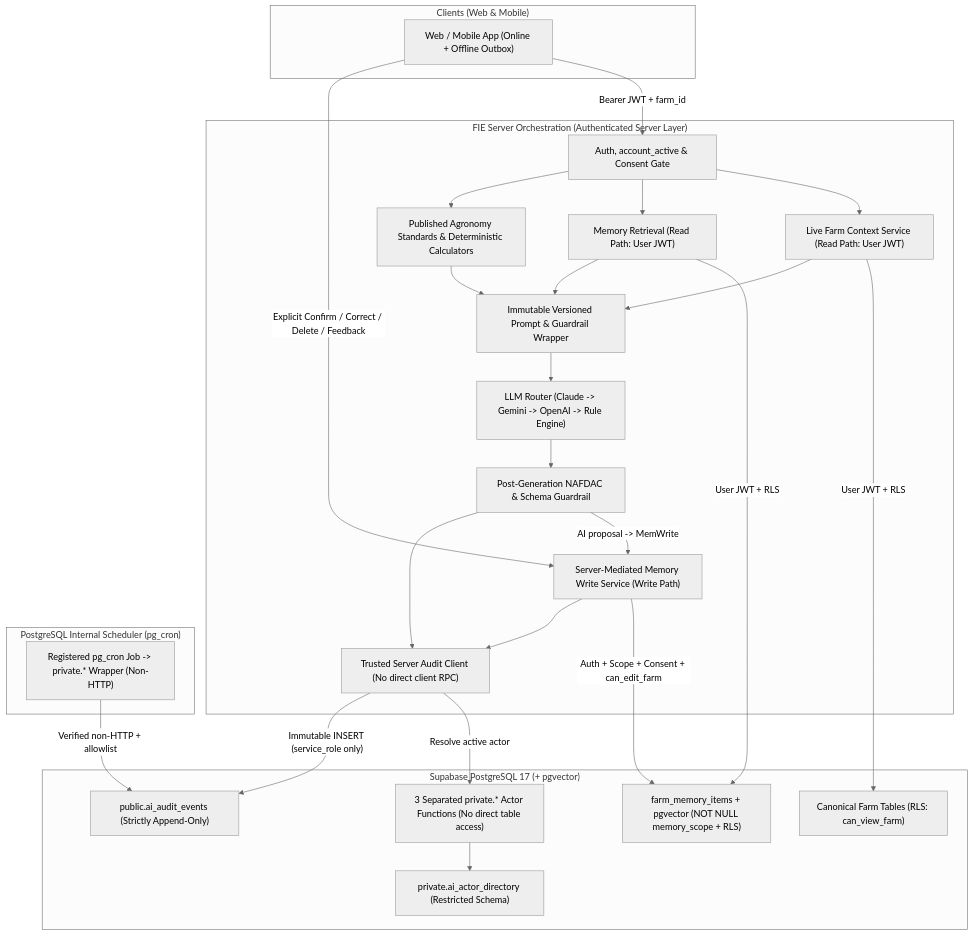
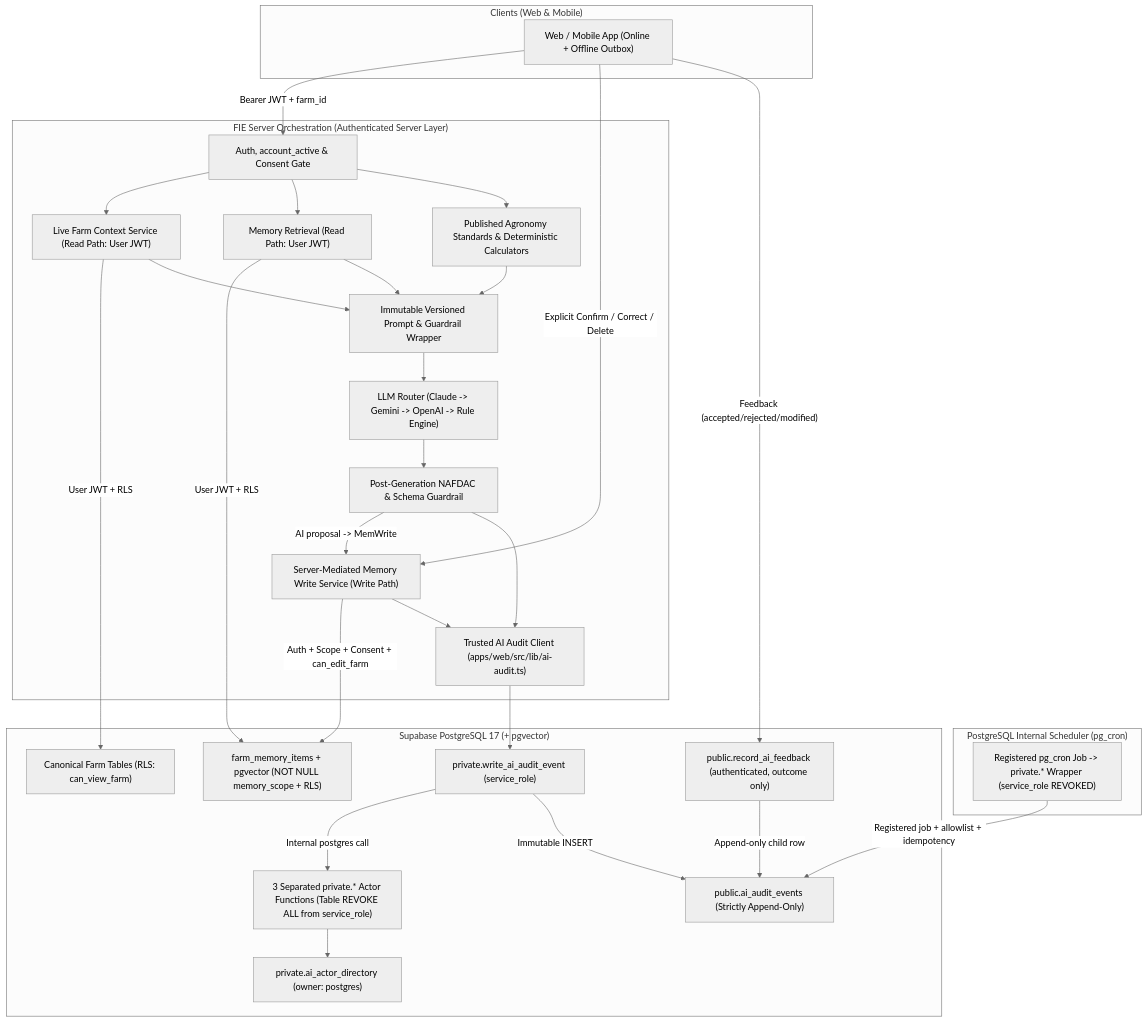
The first of 4 diagrams in docs/architecture/batch-03/BATCH_03_0_TARGET_ARCHITECTURE.md (farmconnect-ux/cultivanode), drawn with Mermaid (neutral theme) before and after one commit. The commit also changed other lines of this file and 4 other files, not shown here.

Commit message:
docs(architecture): harden privileged AI audit and scheduler boundaries

````diff
--- a/docs/architecture/batch-03/BATCH_03_0_TARGET_ARCHITECTURE.md
+++ b/docs/architecture/batch-03/BATCH_03_0_TARGET_ARCHITECTURE.md
@@ -12,51 +12,56 @@
 ```mermaid
 flowchart TB
   subgraph Clients["Clients (Web & Mobile)"]
     UI["Web / Mobile App (Online + Offline Outbox)"]
   end
 
   subgraph EdgeOrch["FIE Server Orchestration (Authenticated Server Layer)"]
     AuthGate["Auth, account_active & Consent Gate"]
     CtxSvc["Live Farm Context Service (Read Path: User JWT)"]
     MemRead["Memory Retrieval (Read Path: User JWT)"]
     MemWrite["Server-Mediated Memory Write Service (Write Path)"]
     AgronRAG["Published Agronomy Standards & Deterministic Calculators"]
     PromptAsm["Immutable Versioned Prompt & Guardrail Wrapper"]
     LLMRouter["LLM Router (Claude -> Gemini -> OpenAI -> Rule Engine)"]
     SafetyChk["Post-Generation NAFDAC & Schema Guardrail"]
-    ServerAudit["Trusted Server Audit Client (No direct client RPC)"]
+    ServerAudit["Trusted AI Audit Client (apps/web/src/lib/ai-audit.ts)"]
   end
 
   subgraph Scheduler["PostgreSQL Internal Scheduler (pg_cron)"]
-    CronJob["Registered pg_cron Job -> private.* Wrapper (Non-HTTP)"]
+    CronJob["Registered pg_cron Job -> private.* Wrapper (service_role REVOKED)"]
   end
 
   subgraph Supabase["Supabase PostgreSQL 17 (+ pgvector)"]
     FarmDB["Canonical Farm Tables (RLS: can_view_farm)"]
     MemDB["farm_memory_items + pgvector (NOT NULL memory_scope + RLS)"]
-    ActorFns["3 Separated private.* Actor Functions (No direct table access)"]
-    ActorDir["private.ai_actor_directory (Restricted Schema)"]
+    AuditWriter["private.write_ai_audit_event (service_role)"]
+    FeedbackRPC["public.record_ai_feedback (authenticated, outcome only)"]
+    ActorFns["3 Separated private.* Actor Functions (Table REVOKE ALL from service_role)"]
+    ActorDir["private.ai_actor_directory (owner: postgres)"]
     AuditDB["public.ai_audit_events (Strictly Append-Only)"]
   end
 
   UI -->|"Bearer JWT + farm_id"| AuthGate
   AuthGate --> CtxSvc
   AuthGate --> MemRead
   CtxSvc -->|"User JWT + RLS"| FarmDB
   MemRead -->|"User JWT + RLS"| MemDB
   AuthGate --> AgronRAG
   CtxSvc --> PromptAsm
   MemRead --> PromptAsm
   AgronRAG --> PromptAsm
   PromptAsm --> LLMRouter
   LLMRouter --> SafetyChk
   SafetyChk -->|"AI proposal -> MemWrite"| MemWrite
-  UI -->|"Explicit Confirm / Correct / Delete / Feedback"| MemWrite
+  UI -->|"Explicit Confirm / Correct / Delete"| MemWrite
+  UI -->|"Feedback (accepted/rejected/modified)"| FeedbackRPC
   MemWrite -->|"Auth + Scope + Consent + can_edit_farm"| MemDB
   SafetyChk --> ServerAudit
   MemWrite --> ServerAudit
-  ServerAudit -->|"Resolve active actor"| ActorFns
+  ServerAudit --> AuditWriter
+  AuditWriter -->|"Internal postgres call"| ActorFns
   ActorFns --> ActorDir
-  ServerAudit -->|"Immutable INSERT (service_role only)"| AuditDB
-  CronJob -->|"Verified non-HTTP + allowlist"| AuditDB
+  AuditWriter -->|"Immutable INSERT"| AuditDB
+  FeedbackRPC -->|"Append-only child row"| AuditDB
+  CronJob -->|"Registered job + allowlist + idempotency"| AuditDB
 ```
````
